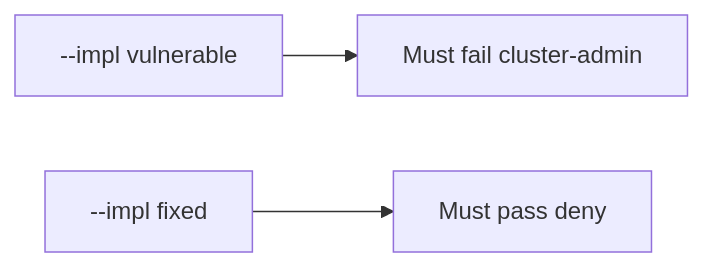
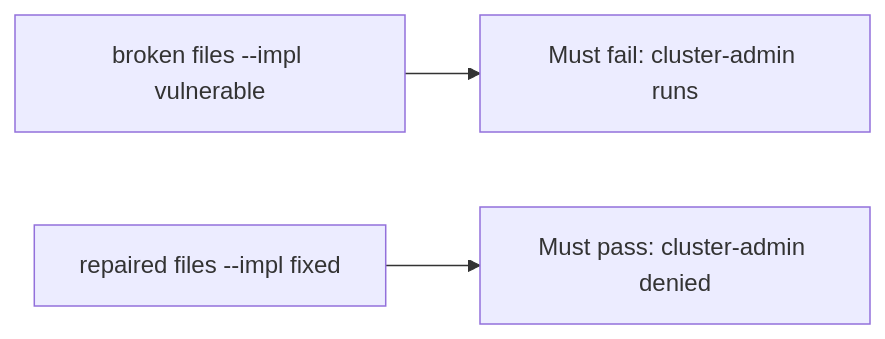
Before and after one commit to ishitvagoel/LearnSecurity: the diagram in content/modules/10/10.3/lessons/05-verify.md, drawn with Mermaid. The commit also changed other lines of this file and 39 other files, not shown here.

````diff
--- a/content/modules/10/10.3/lessons/05-verify.md
+++ b/content/modules/10/10.3/lessons/05-verify.md
@@ -15,5 +14,5 @@
 ```mermaid
 flowchart LR
-  V["--impl vulnerable"] --> F["Must fail cluster-admin"]
-  X["--impl fixed"] --> P["Must pass deny"]
+  V["broken files --impl vulnerable"] --> F[Must fail: cluster-admin runs]
+  X["repaired files --impl fixed"] --> P[Must pass: cluster-admin denied]
 ```
````
